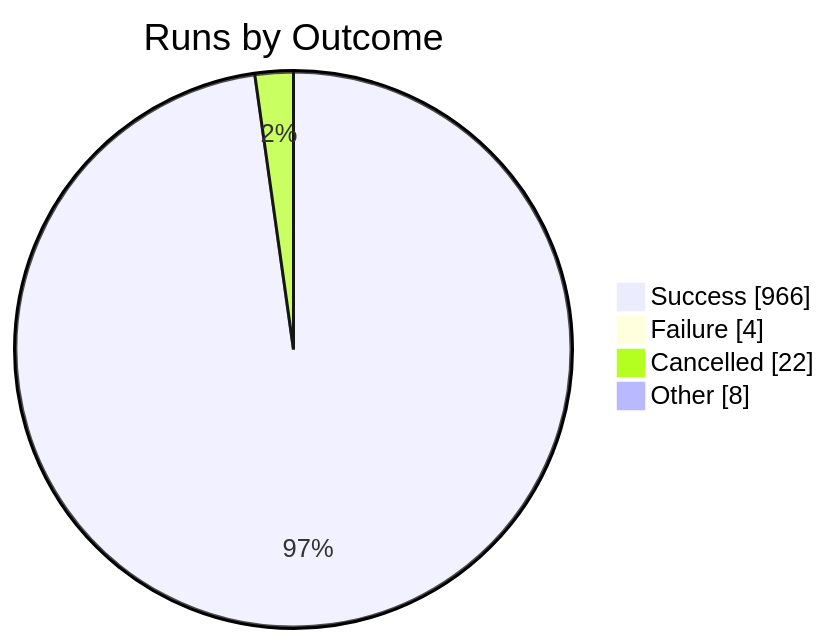
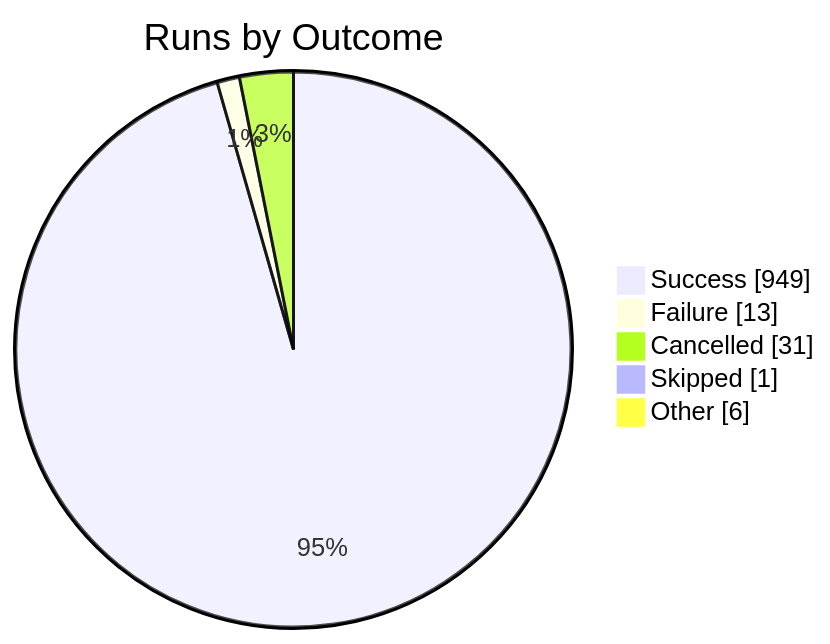
One commit to KBVE/kbve changed the first of 2 diagrams in apps/kbve/astro-kbve/src/content/docs/dashboard/ci-health.mdx. Above: the diagram before and after it, drawn with Mermaid. The commit also changed other lines of this file and 1 other file, not shown here.

````diff
--- a/apps/kbve/astro-kbve/src/content/docs/dashboard/ci-health.mdx
+++ b/apps/kbve/astro-kbve/src/content/docs/dashboard/ci-health.mdx
@@ -189,8 +189,9 @@
 ```mermaid
 pie showData
     title Runs by Outcome
-    "Success" : 966
-    "Failure" : 4
-    "Cancelled" : 22
-    "Other" : 8
+    "Success" : 949
+    "Failure" : 13
+    "Cancelled" : 31
+    "Skipped" : 1
+    "Other" : 6
 ```
````
